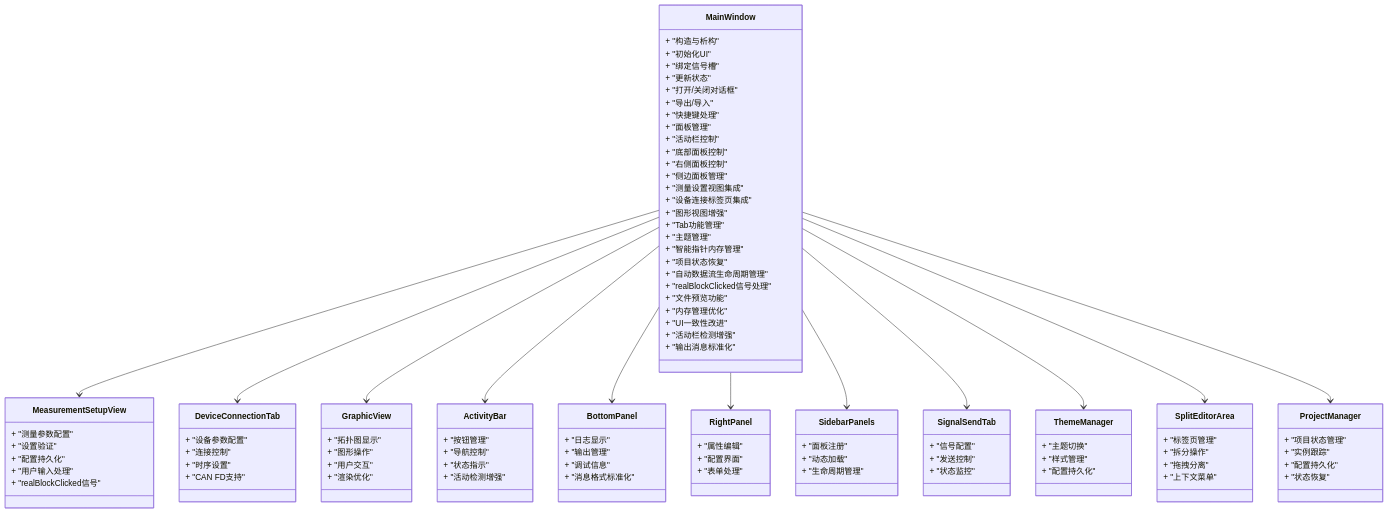
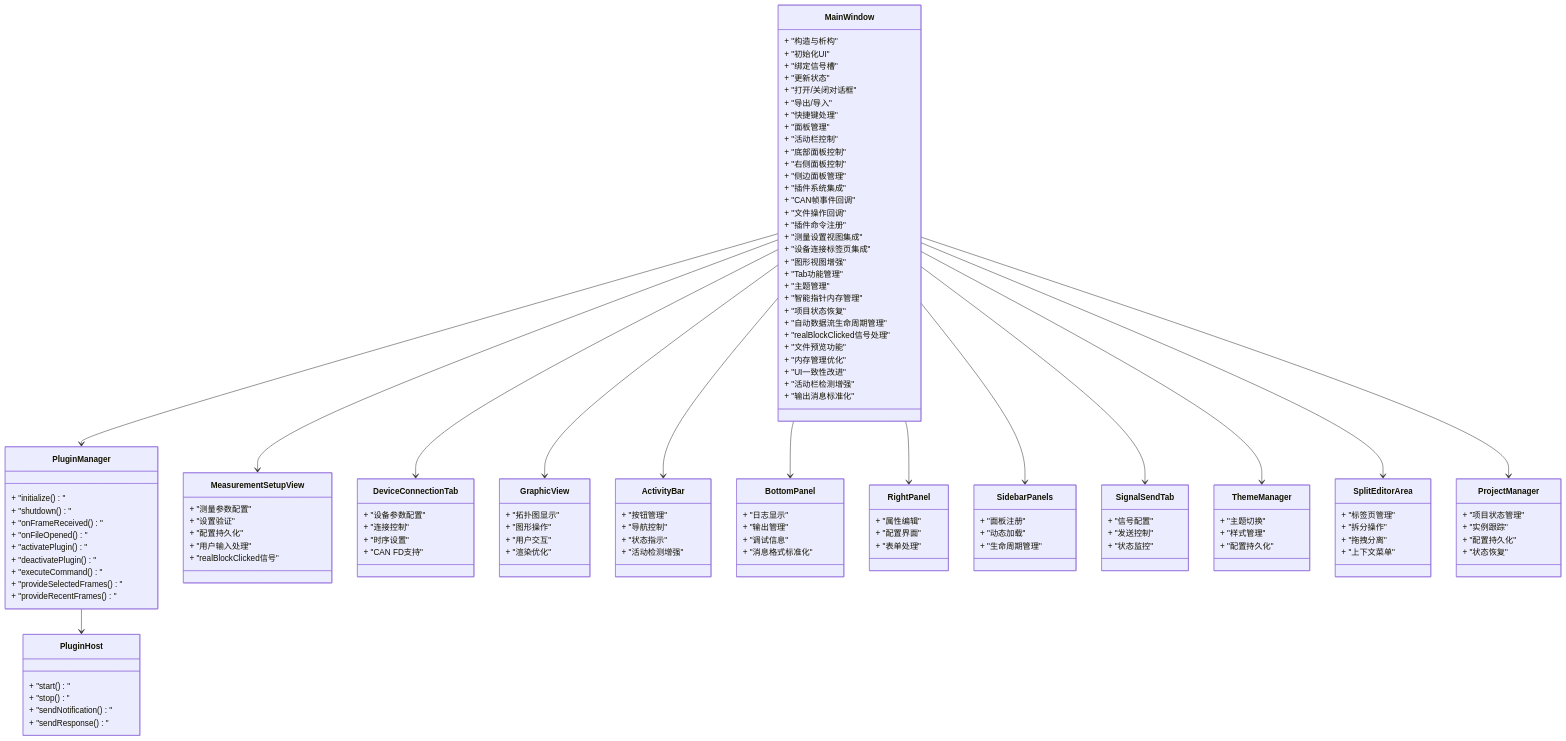
The third of 4 diagrams in .qoder/repowiki/zh/content/架构设计/主窗口组件架构.md (jakecai1225-design/OpenBus), drawn with Mermaid before and after one commit. The commit also changed other lines of this file and 22 other files, not shown here.

```diff
--- a/.qoder/repowiki/zh/content/架构设计/主窗口组件架构.md
+++ b/.qoder/repowiki/zh/content/架构设计/主窗口组件架构.md
@@ -270,6 +258,10 @@
 + "底部面板控制"
 + "右侧面板控制"
 + "侧边面板管理"
++ "插件系统集成"
++ "CAN帧事件回调"
++ "文件操作回调"
++ "插件命令注册"
 + "测量设置视图集成"
 + "设备连接标签页集成"
 + "图形视图增强"
@@ -284,6 +276,23 @@
 + "UI一致性改进"
 + "活动栏检测增强"
 + "输出消息标准化"
+}
+class PluginManager {
++ "initialize()"
++ "shutdown()"
++ "onFrameReceived()"
++ "onFileOpened()"
++ "activatePlugin()"
++ "deactivatePlugin()"
++ "executeCommand()"
++ "provideSelectedFrames()"
++ "provideRecentFrames()"
+}
+class PluginHost {
++ "start()"
++ "stop()"
++ "sendNotification()"
++ "sendResponse()"
 }
 class MeasurementSetupView {
 + "测量参数配置"
@@ -348,6 +357,8 @@
 + "配置持久化"
 + "状态恢复"
 }
+MainWindow --> PluginManager
+PluginManager --> PluginHost
 MainWindow --> MeasurementSetupView
 MainWindow --> DeviceConnectionTab
 MainWindow --> GraphicView
```
